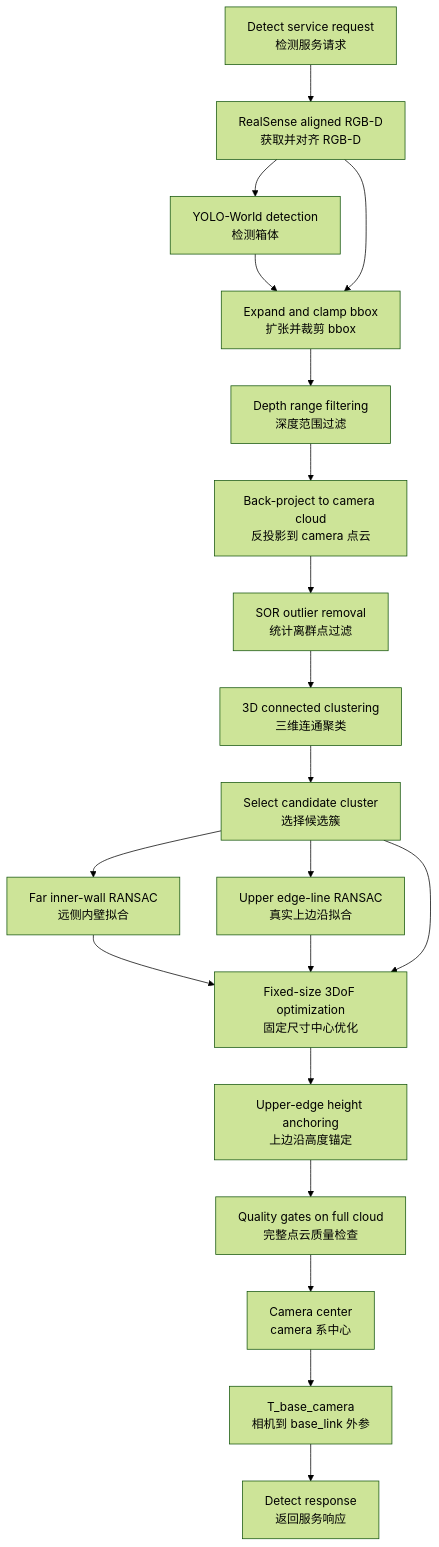
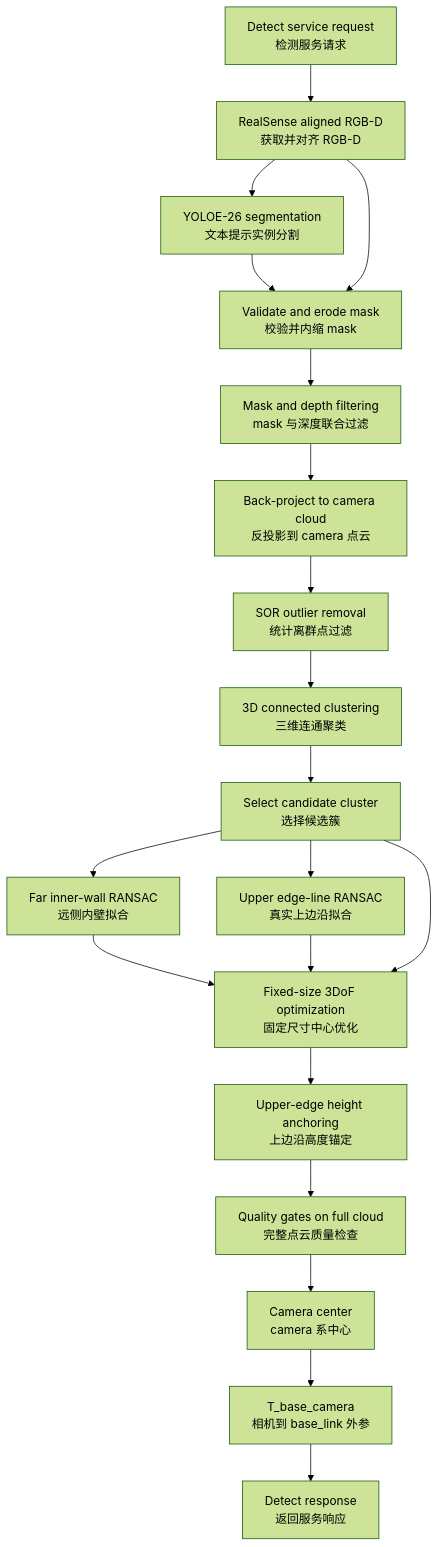
Before and after one commit to liujun0808/detect_box_ws: the first of 2 diagrams in pointcloud_filter_and_position_optimization.md, drawn with Mermaid (forest theme). The commit also changed other lines of this file and 18 other files, not shown here.

```diff
--- a/pointcloud_filter_and_position_optimization.md
+++ b/pointcloud_filter_and_position_optimization.md
@@ -37,22 +37,22 @@
 ~~~mermaid
 flowchart TD
     A[Detect service request<br/>检测服务请求] --> B[RealSense aligned RGB-D<br/>获取并对齐 RGB-D]
-    B --> C[YOLO-World detection<br/>检测箱体]
-    C --> D[Expand and clamp bbox<br/>扩张并裁剪 bbox]
+    B --> C[YOLOE-26 segmentation<br/>文本提示实例分割]
+    C --> D[Validate and erode mask<br/>校验并内缩 mask]
     B --> D
-    D --> E[Depth range filtering<br/>深度范围过滤]
+    D --> E[Mask and depth filtering<br/>mask 与深度联合过滤]
     E --> F[Back-project to camera cloud<br/>反投影到 camera 点云]
     F --> G[SOR outlier removal<br/>统计离群点过滤]
     G --> H[3D connected clustering<br/>三维连通聚类]
     H --> I[Select candidate cluster<br/>选择候选簇]
     I --> J[Far inner-wall RANSAC<br/>远侧内壁拟合]
     I --> K[Upper edge-line RANSAC<br/>真实上边沿拟合]
     J --> L[Fixed-size 3DoF optimization<br/>固定尺寸中心优化]
     K --> L
     I --> L
     L --> M[Upper-edge height anchoring<br/>上边沿高度锚定]
     M --> N[Quality gates on full cloud<br/>完整点云质量检查]
     N --> O[Camera center<br/>camera 系中心]
     O --> P[T_base_camera<br/>相机到 base_link 外参]
     P --> Q[Detect response<br/>返回服务响应]
 ~~~
```
